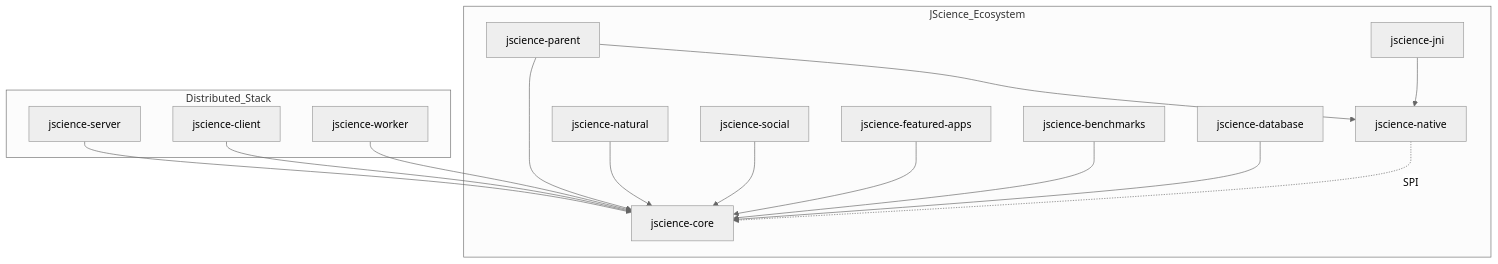
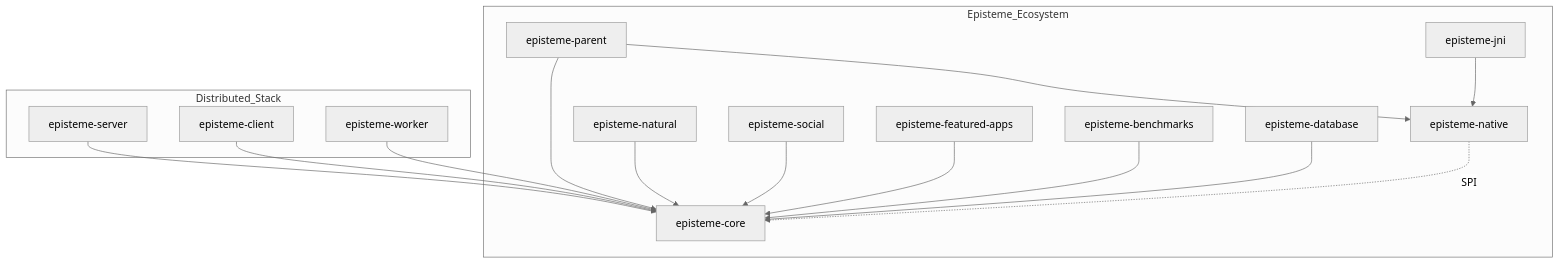
The first of 3 diagrams in docs/mermaid/README.md (Episteme-HCP/Episteme), drawn with Mermaid (neutral theme) before and after one commit. The commit also changed other lines of this file and 28412 other files, not shown here.

Commit message:
Pre-rename structural backup (from JScience to Episteme)

````diff
--- a/docs/mermaid/README.md
+++ b/docs/mermaid/README.md
@@ -8,36 +8,36 @@
 ```mermaid
 graph TD
-    subgraph JScience_Ecosystem
-        Parent[jscience-parent]
-        Core[jscience-core]
-        Native[jscience-native]
-        Natural[jscience-natural]
-        Social[jscience-social]
-        Apps[jscience-featured-apps]
-        Bench[jscience-benchmarks]
-        DB[jscience-database]
-        JNI[jscience-jni]
+    subgraph Episteme_Ecosystem
+        Parent[episteme-parent]
+        Core[episteme-core]
+        Native[episteme-native]
+        Natural[episteme-natural]
+        Social[episteme-social]
+        Apps[episteme-featured-apps]
+        Bench[episteme-benchmarks]
+        DB[episteme-database]
+        JNI[episteme-jni]
     end
     
     subgraph Distributed_Stack
-        Server[jscience-server]
-        Client[jscience-client]
-        Worker[jscience-worker]
+        Server[episteme-server]
+        Client[episteme-client]
+        Worker[episteme-worker]
     end
 
     Parent --> Core
     Parent --> Native
     
     Native -.->|SPI| Core
     Natural --> Core
     Social --> Core
     Apps --> Core
     Bench --> Core
     
     Server --> Core
     Client --> Core
     Worker --> Core
     
     JNI --> Native
     DB --> Core
 ```
````
